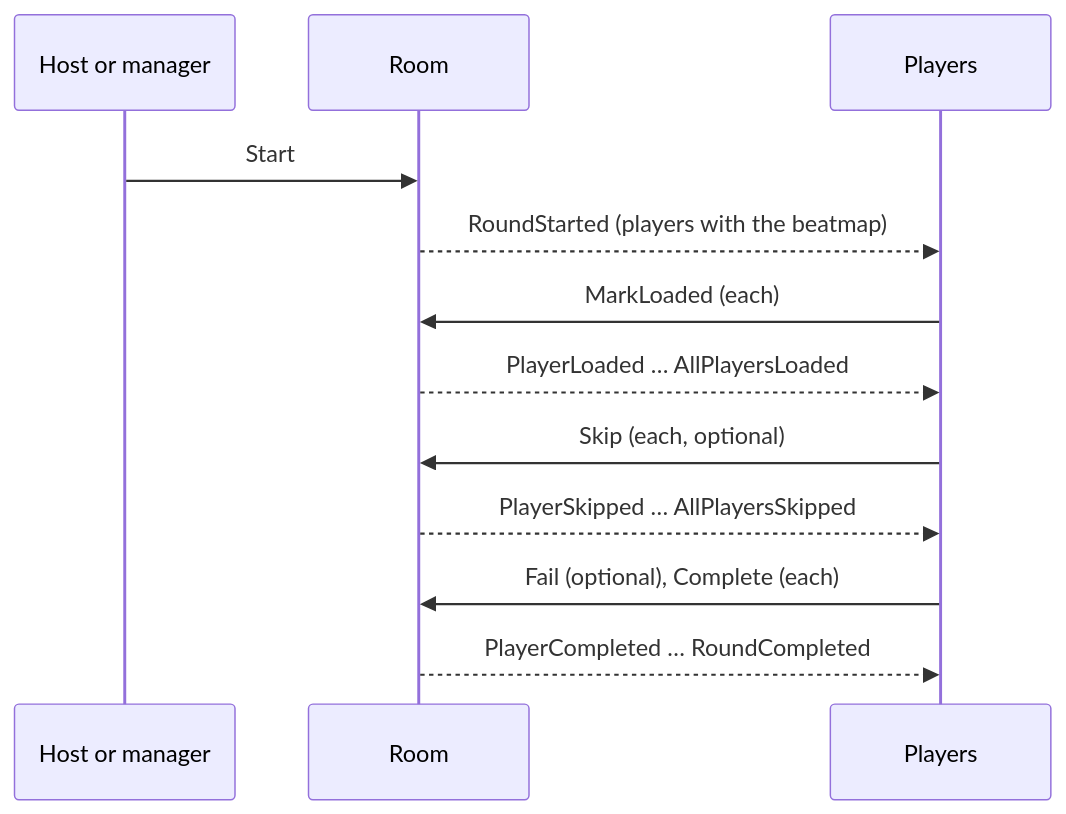
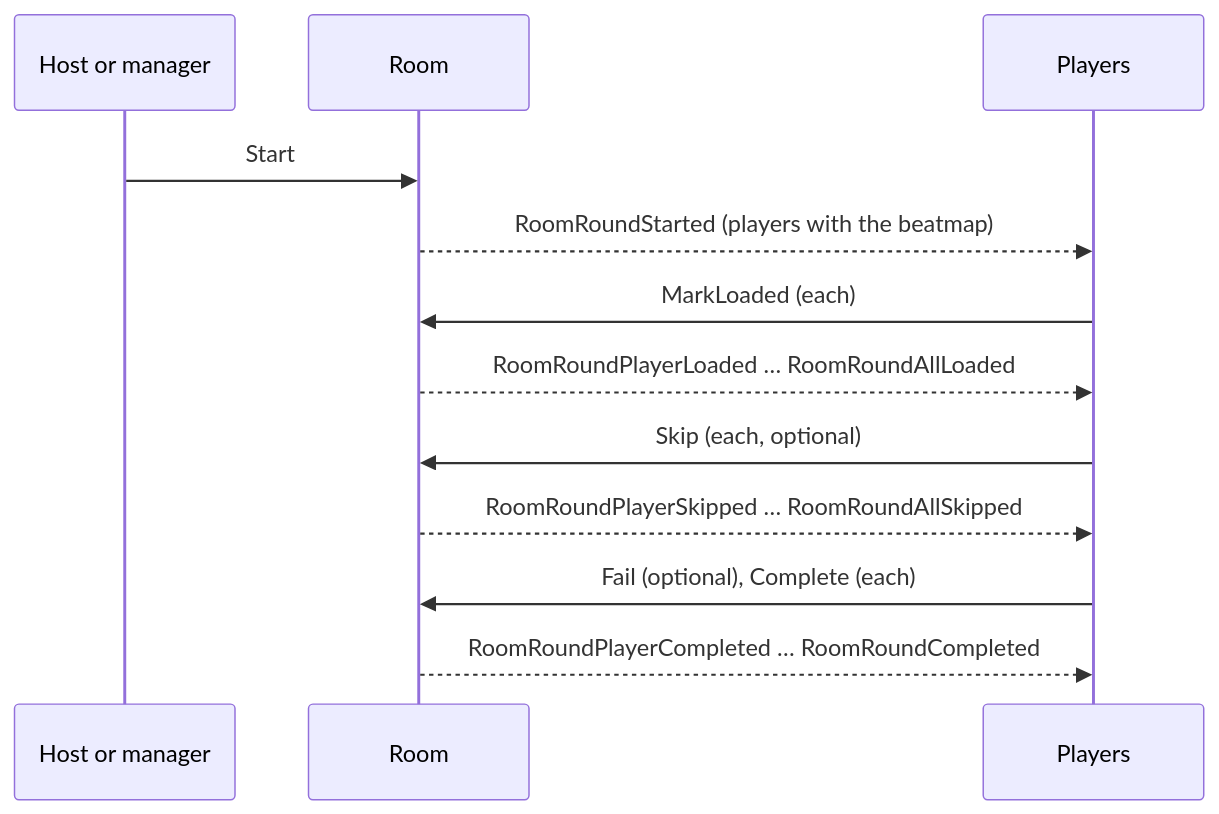
The second of 2 diagrams in docs/for-developers/multiplayer.md (thnhmai06/osuBasil), drawn with Mermaid before and after one commit. The commit also changed other lines of this file and 38 other files, not shown here.

````diff
--- a/docs/for-developers/multiplayer.md
+++ b/docs/for-developers/multiplayer.md
@@ -182,14 +182,14 @@
 ```mermaid
 sequenceDiagram
     participant H as Host or manager
     participant R as Room
     participant P as Players
     H->>R: Start
-    R-->>P: RoundStarted (players with the beatmap)
+    R-->>P: RoomRoundStarted (players with the beatmap)
     P->>R: MarkLoaded (each)
-    R-->>P: PlayerLoaded … AllPlayersLoaded
+    R-->>P: RoomRoundPlayerLoaded … RoomRoundAllLoaded
     P->>R: Skip (each, optional)
-    R-->>P: PlayerSkipped … AllPlayersSkipped
+    R-->>P: RoomRoundPlayerSkipped … RoomRoundAllSkipped
     P->>R: Fail (optional), Complete (each)
-    R-->>P: PlayerCompleted … RoundCompleted
+    R-->>P: RoomRoundPlayerCompleted … RoomRoundCompleted
 ```
````
